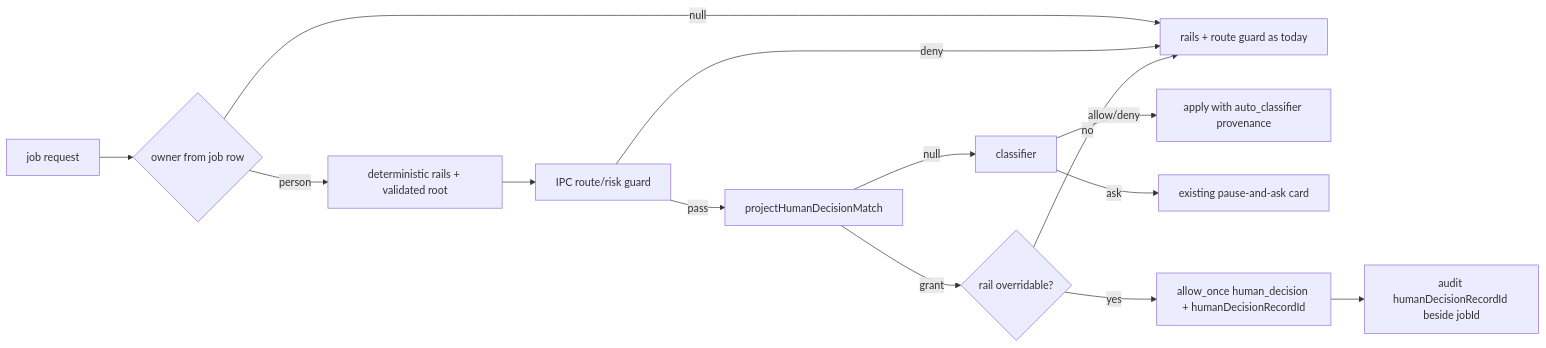
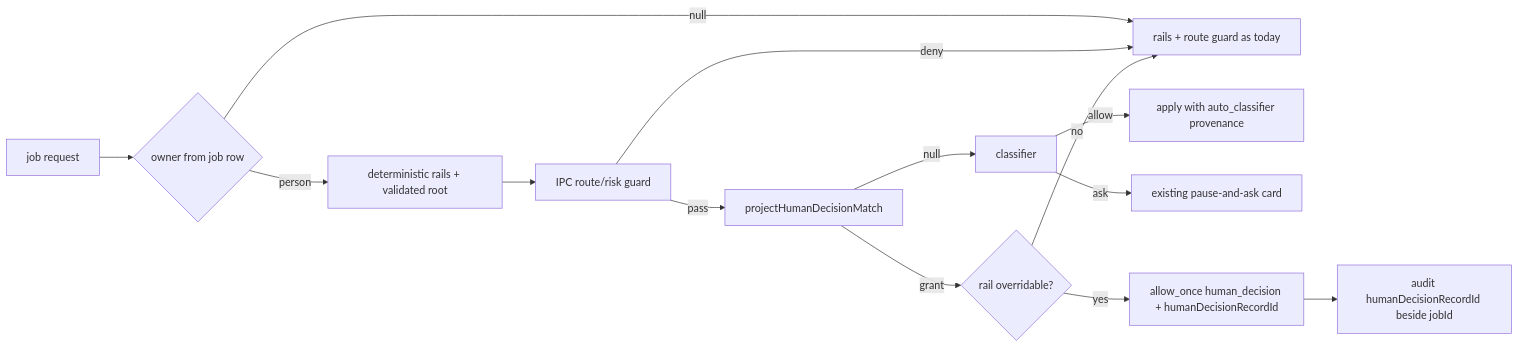
One commit to knacklabs/gantry changed the diagram in plans/exploration/askfloor-1-t4-taskplan.md. Above: the diagram before and after it, drawn with Mermaid. The commit also changed other lines of this file and 1 other file, not shown here.

````diff
--- a/plans/exploration/askfloor-1-t4-taskplan.md
+++ b/plans/exploration/askfloor-1-t4-taskplan.md
@@ -54,16 +54,16 @@
 ```mermaid
 flowchart LR
   A[job request] --> B{owner from job row}
   B -- null --> R[rails + route guard as today]
   B -- person --> C[deterministic rails + validated root]
   C --> G0[IPC route/risk guard]
   G0 -- deny --> R
   G0 -- pass --> D[projectHumanDecisionMatch]
   D -- null --> K[classifier]
-  K -- allow/deny --> R2[apply with auto_classifier provenance]
+  K -- allow --> R2[apply with auto_classifier provenance]
   K -- ask --> R3[existing pause-and-ask card]
   D -- grant --> E{rail overridable?}
   E -- no --> R
   E -- yes --> F[allow_once human_decision + humanDecisionRecordId]
   F --> G[audit humanDecisionRecordId beside jobId]
 ```
````
